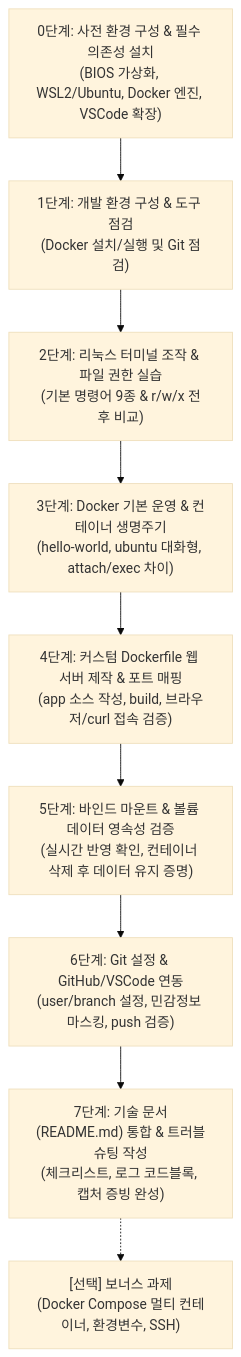
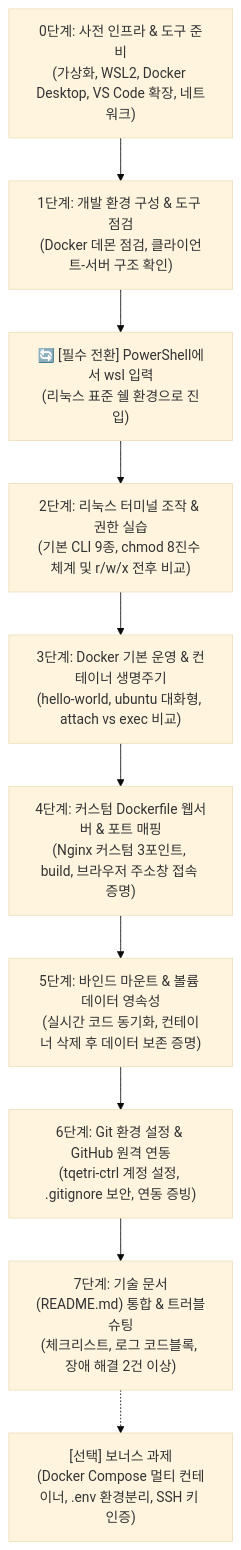
Before and after one commit to tqetri-ctrl/e1-1: the diagram in docs/execution_plan.md, drawn with Mermaid (base theme). The commit also changed other lines of this file and 36 other files, not shown here.

````diff
--- a/docs/execution_plan.md
+++ b/docs/execution_plan.md
@@ -9,11 +9,12 @@
 ```mermaid
 flowchart TD
-    Step0["0단계: 사전 환경 구성 & 필수 의존성 설치<br/>(BIOS 가상화, WSL2/Ubuntu, Docker 엔진, VSCode 확장)"] --> Step1["1단계: 개발 환경 구성 & 도구 점검<br/>(Docker 설치/실행 및 Git 점검)"]
-    Step1 --> Step2["2단계: 리눅스 터미널 조작 & 파일 권한 실습<br/>(기본 명령어 9종 & r/w/x 전후 비교)"]
-    Step2 --> Step3["3단계: Docker 기본 운영 & 컨테이너 생명주기<br/>(hello-world, ubuntu 대화형, attach/exec 차이)"]
-    Step3 --> Step4["4단계: 커스텀 Dockerfile 웹 서버 제작 & 포트 매핑<br/>(app 소스 작성, build, 브라우저/curl 접속 검증)"]
-    Step4 --> Step5["5단계: 바인드 마운트 & 볼륨 데이터 영속성 검증<br/>(실시간 반영 확인, 컨테이너 삭제 후 데이터 유지 증명)"]
-    Step5 --> Step6["6단계: Git 설정 & GitHub/VSCode 연동<br/>(user/branch 설정, 민감정보 마스킹, push 검증)"]
-    Step6 --> Step7["7단계: 기술 문서(README.md) 통합 & 트러블슈팅 작성<br/>(체크리스트, 로그 코드블록, 캡처 증빙 완성)"]
-    Step7 -.-> Bonus["[선택] 보너스 과제<br/>(Docker Compose 멀티 컨테이너, 환경변수, SSH)"]
+    Step0["0단계: 사전 인프라 & 도구 준비<br/>(가상화, WSL2, Docker Desktop, VS Code 확장, 네트워크)"] --> Step1["1단계: 개발 환경 구성 & 도구 점검<br/>(Docker 데몬 점검, 클라이언트-서버 구조 확인)"]
+    Step1 --> Switch["🔄 [필수 전환] PowerShell에서 wsl 입력<br/>(리눅스 표준 쉘 환경으로 진입)"]
+    Switch --> Step2["2단계: 리눅스 터미널 조작 & 권한 실습<br/>(기본 CLI 9종, chmod 8진수 체계 및 r/w/x 전후 비교)"]
+    Step2 --> Step3["3단계: Docker 기본 운영 & 컨테이너 생명주기<br/>(hello-world, ubuntu 대화형, attach vs exec 비교)"]
+    Step3 --> Step4["4단계: 커스텀 Dockerfile 웹서버 & 포트 매핑<br/>(Nginx 커스텀 3포인트, build, 브라우저 주소창 접속 증명)"]
+    Step4 --> Step5["5단계: 바인드 마운트 & 볼륨 데이터 영속성<br/>(실시간 코드 동기화, 컨테이너 삭제 후 데이터 보존 증명)"]
+    Step5 --> Step6["6단계: Git 환경 설정 & GitHub 원격 연동<br/>(tqetri-ctrl 계정 설정, .gitignore 보안, 연동 증빙)"]
+    Step6 --> Step7["7단계: 기술 문서(README.md) 통합 & 트러블슈팅<br/>(체크리스트, 로그 코드블록, 장애 해결 2건 이상)"]
+    Step7 -.-> Bonus["[선택] 보너스 과제<br/>(Docker Compose 멀티 컨테이너, .env 환경분리, SSH 키 인증)"]
 ```
````
